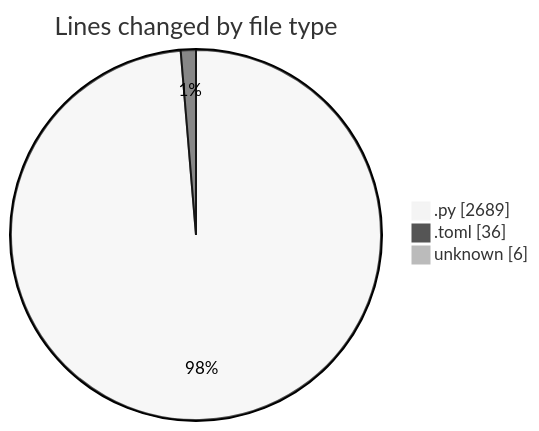
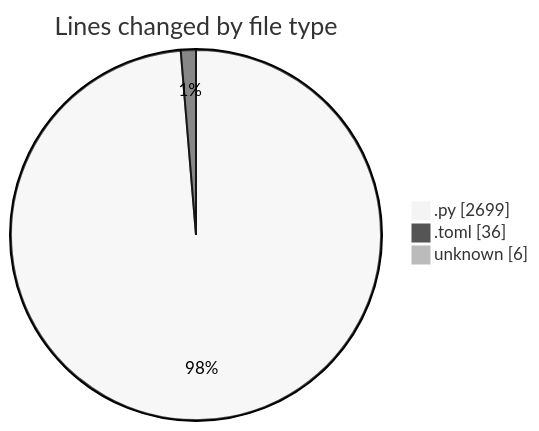
Before and after one commit to julien-gomy/code-tracking: the first of 2 diagrams in 2025-11-20/eventscop-api-guide__workspace_/README.md, drawn with Mermaid (neutral theme). The commit also changed other lines of this file and 1 other file, not shown here.

````diff
--- a/2025-11-20/eventscop-api-guide__workspace_/README.md
+++ b/2025-11-20/eventscop-api-guide__workspace_/README.md
@@ -32,7 +32,7 @@
 ```mermaid
 pie showData
 title Lines changed by file type
-".py" : 2689
+".py" : 2699
 ".toml" : 36
 "unknown" : 6
 ```
````
